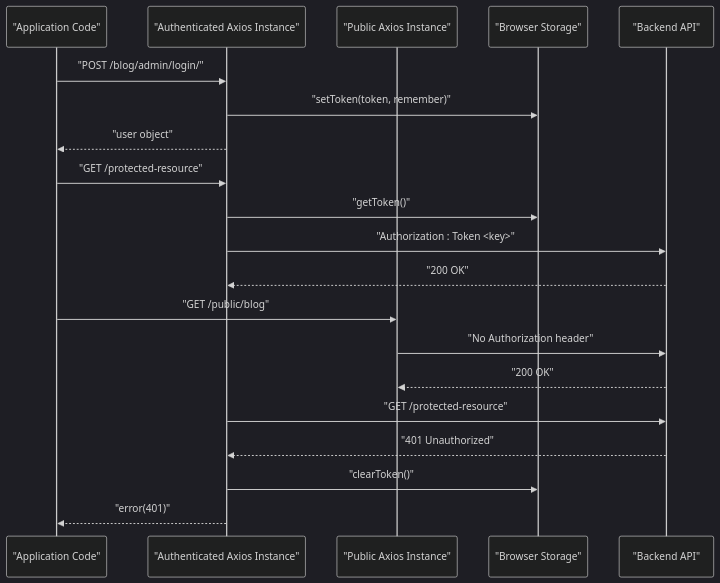
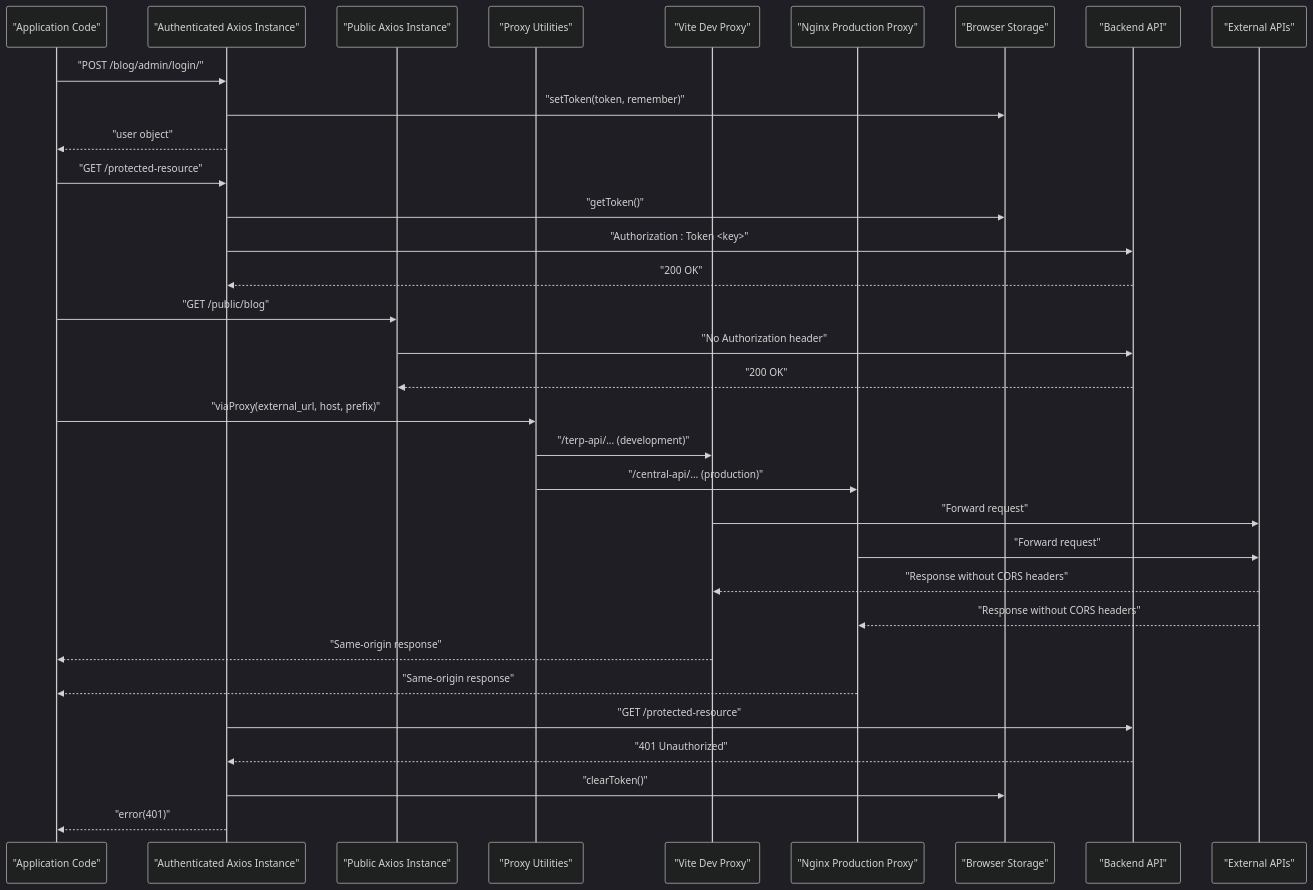
Before and after one commit to imcbsglobal/TRELLISCO_ERP_FRONTEND: the second of 9 diagrams in .qoder/repowiki/en/content/API Integration Layer/API Client Configuration.md, drawn with Mermaid (dark theme). The commit also changed other lines of this file and 24 other files, not shown here.

````diff
--- a/.qoder/repowiki/en/content/API Integration Layer/API Client Configuration.md
+++ b/.qoder/repowiki/en/content/API Integration Layer/API Client Configuration.md
@@ -88,22 +122,35 @@
 ```mermaid
 sequenceDiagram
 participant App as "Application Code"
 participant AdminApi as "Authenticated Axios Instance"
 participant PublicApi as "Public Axios Instance"
+participant ProxyUtil as "Proxy Utilities"
+participant DevProxy as "Vite Dev Proxy"
+participant ProdProxy as "Nginx Production Proxy"
 participant Storage as "Browser Storage"
 participant Backend as "Backend API"
+participant External as "External APIs"
 App->>AdminApi : "POST /blog/admin/login/"
 AdminApi->>Storage : "setToken(token, remember)"
 AdminApi-->>App : "user object"
 App->>AdminApi : "GET /protected-resource"
 AdminApi->>Storage : "getToken()"
 AdminApi->>Backend : "Authorization : Token <key>"
 Backend-->>AdminApi : "200 OK"
 App->>PublicApi : "GET /public/blog"
 PublicApi->>Backend : "No Authorization header"
 Backend-->>PublicApi : "200 OK"
+App->>ProxyUtil : "viaProxy(external_url, host, prefix)"
+ProxyUtil->>DevProxy : "/terp-api/... (development)"
+ProxyUtil->>ProdProxy : "/central-api/... (production)"
+DevProxy->>External : "Forward request"
+ProdProxy->>External : "Forward request"
+External-->>DevProxy : "Response without CORS headers"
+External-->>ProdProxy : "Response without CORS headers"
+DevProxy-->>App : "Same-origin response"
+ProdProxy-->>App : "Same-origin response"
 AdminApi->>Backend : "GET /protected-resource"
 Backend-->>AdminApi : "401 Unauthorized"
 AdminApi->>Storage : "clearToken()"
 AdminApi-->>App : "error(401)"
 ```
````
